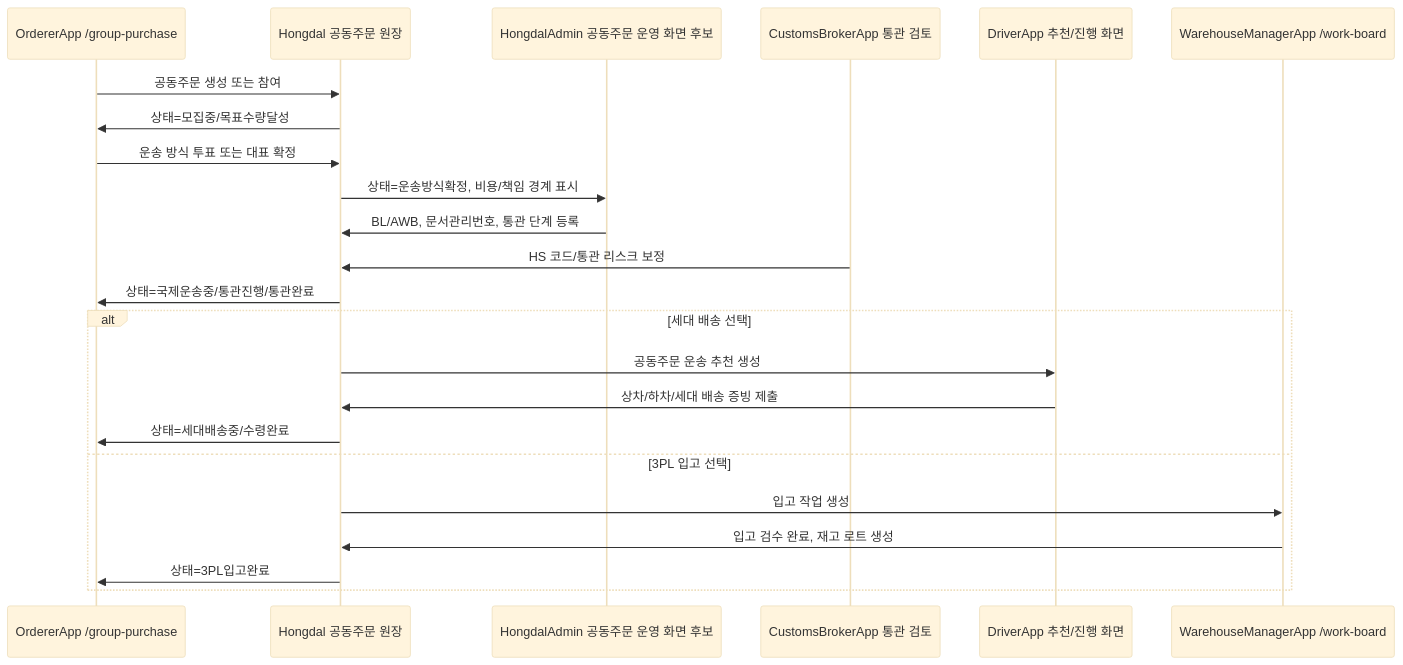
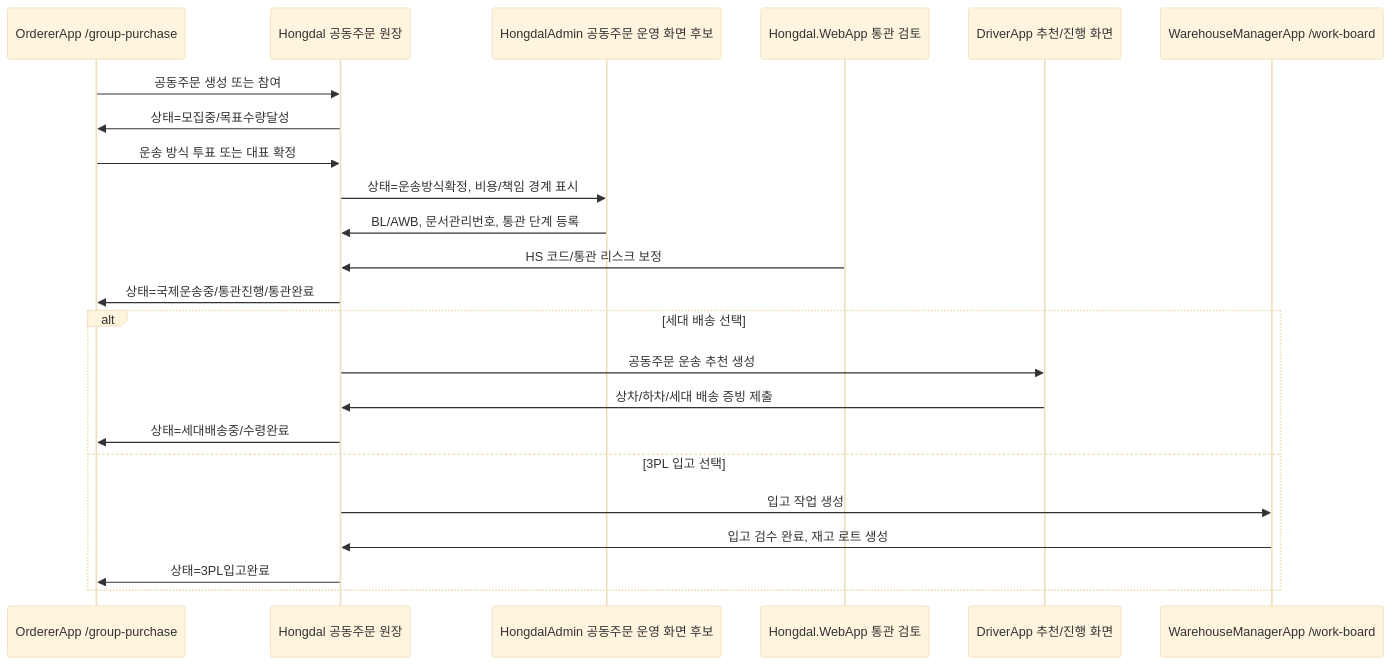
Before and after one commit to cheolwo/hongdal: the fourth of 9 diagrams in docs/ProjectOverview/workflow-app-screen-map.md, drawn with Mermaid (base theme). The commit also changed other lines of this file and 75 other files, not shown here.

Commit message:
Remove standalone customs web app

````diff
--- a/docs/ProjectOverview/workflow-app-screen-map.md
+++ b/docs/ProjectOverview/workflow-app-screen-map.md
@@ -130,27 +130,27 @@
 ```mermaid
 sequenceDiagram
     participant Orderer as OrdererApp /group-purchase
     participant Ledger as Hongdal 공동주문 원장
     participant Admin as HongdalAdmin 공동주문 운영 화면 후보
-    participant Broker as CustomsBrokerApp 통관 검토
+    participant Broker as Hongdal.WebApp 통관 검토
     participant Driver as DriverApp 추천/진행 화면
     participant Warehouse as WarehouseManagerApp /work-board
 
     Orderer->>Ledger: 공동주문 생성 또는 참여
     Ledger->>Orderer: 상태=모집중/목표수량달성
     Orderer->>Ledger: 운송 방식 투표 또는 대표 확정
     Ledger->>Admin: 상태=운송방식확정, 비용/책임 경계 표시
     Admin->>Ledger: BL/AWB, 문서관리번호, 통관 단계 등록
     Broker->>Ledger: HS 코드/통관 리스크 보정
     Ledger->>Orderer: 상태=국제운송중/통관진행/통관완료
 
     alt 세대 배송 선택
         Ledger->>Driver: 공동주문 운송 추천 생성
         Driver->>Ledger: 상차/하차/세대 배송 증빙 제출
         Ledger->>Orderer: 상태=세대배송중/수령완료
     else 3PL 입고 선택
         Ledger->>Warehouse: 입고 작업 생성
         Warehouse->>Ledger: 입고 검수 완료, 재고 로트 생성
         Ledger->>Orderer: 상태=3PL입고완료
     end
 ```
````
